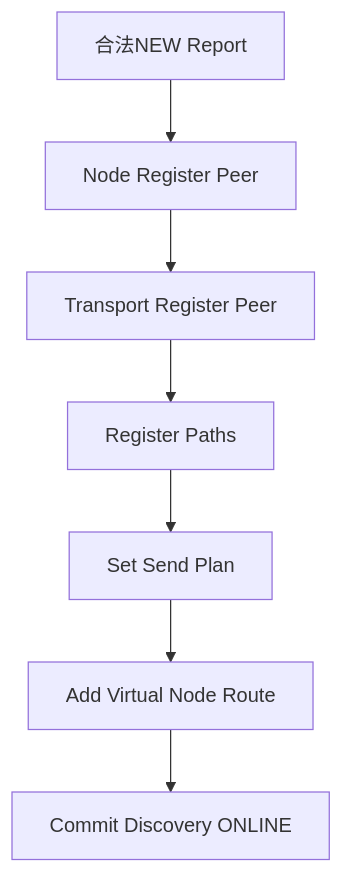
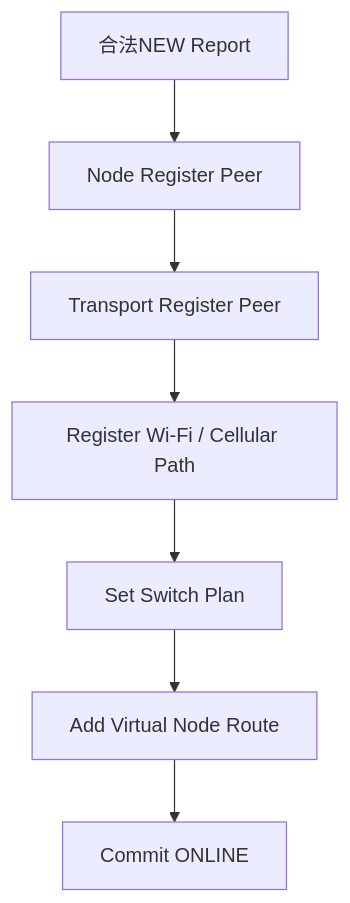
The ninth of 15 diagrams in linkg-project-plan/LinkG项目具体落实方案_模块化/03-M03-Node与Discovery设备发现.md (wnd443724421-cell/linkg), drawn with Mermaid before and after one commit. The commit also changed other lines of this file, not shown here.

Commit message:
docs: restructure M03 around discovery design

````diff
--- a/linkg-project-plan/LinkG项目具体落实方案_模块化/03-M03-Node与Discovery设备发现.md
+++ b/linkg-project-plan/LinkG项目具体落实方案_模块化/03-M03-Node与Discovery设备发现.md
@@ -1009,10 +367,12 @@
 ```mermaid
 flowchart TD
     REPORT[合法NEW Report]
-    REPORT --> NODE[Node Register Peer]
-    NODE --> TRANS[Transport Register Peer]
-    TRANS --> PATH[Register Paths]
-    PATH --> SWITCH[Set Send Plan]
-    SWITCH --> ROUTE[Add Virtual Node Route]
-    ROUTE --> ONLINE[Commit Discovery ONLINE]
+    NODE[Node Register Peer]
+    TRANS[Transport Register Peer]
+    PATH[Register Wi-Fi / Cellular Path]
+    SWITCH[Set Switch Plan]
+    ROUTE[Add Virtual Node Route]
+    ONLINE[Commit ONLINE]
+
+    REPORT --> NODE --> TRANS --> PATH --> SWITCH --> ROUTE --> ONLINE
 ```
````
